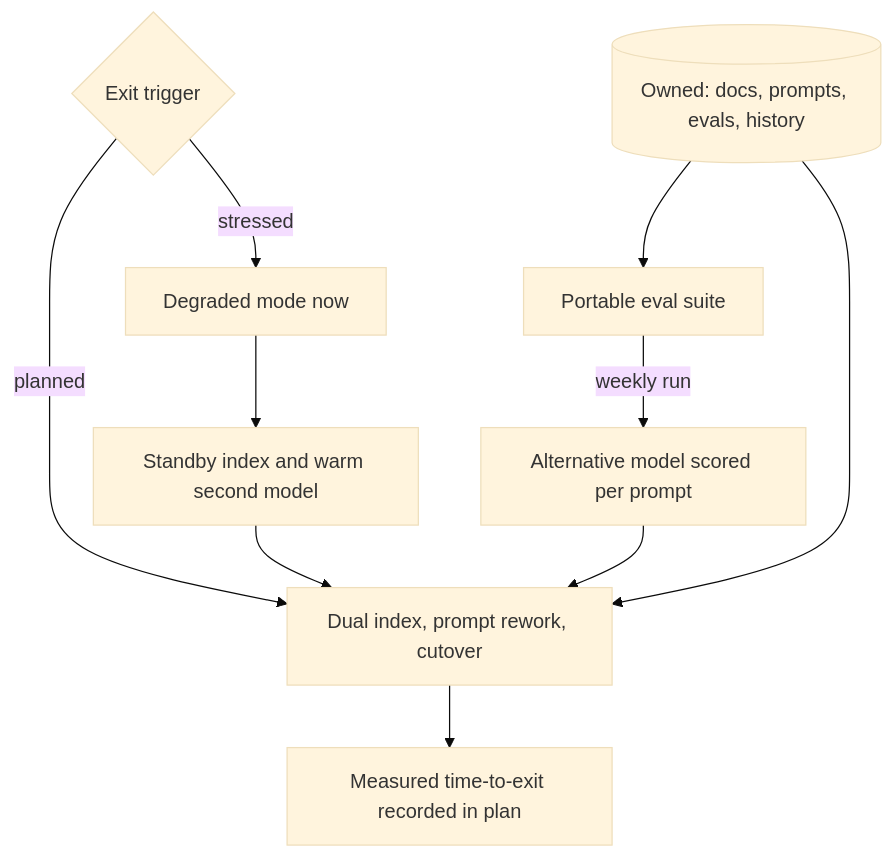
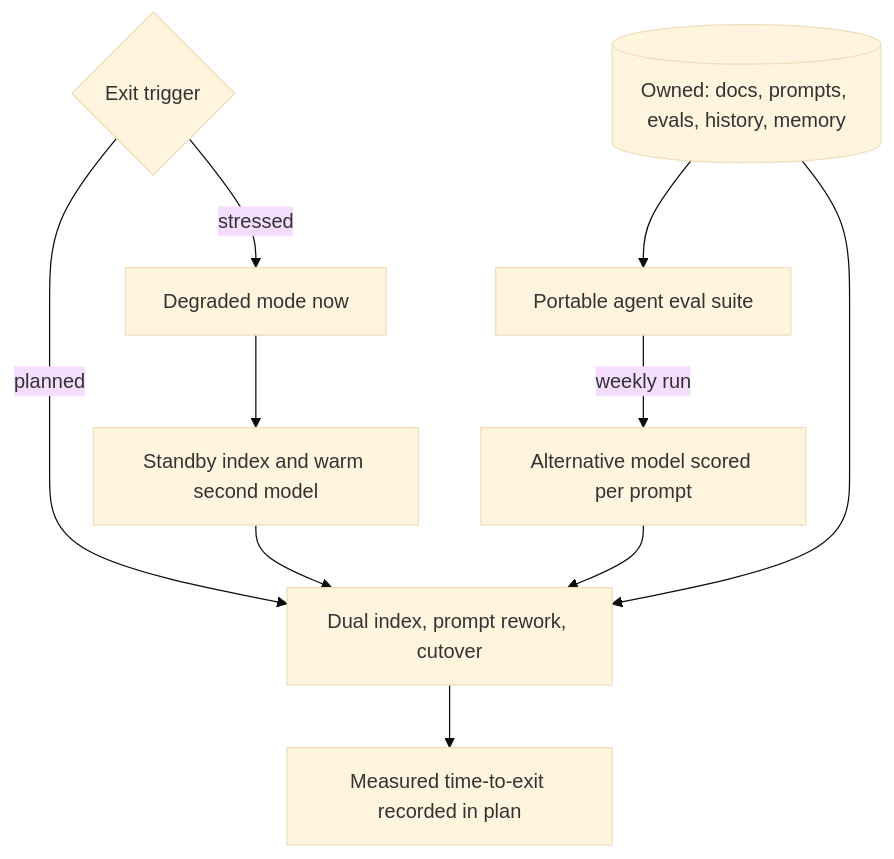
One commit to lovishmahajan97/agentic-learning changed the diagram in content/security-governance-compliance/vendor-exit-strategy.md. Above: the diagram before and after it, drawn with Mermaid (base theme). The commit also changed other lines of this file and 454 other files, not shown here.

````diff
--- a/content/security-governance-compliance/vendor-exit-strategy.md
+++ b/content/security-governance-compliance/vendor-exit-strategy.md
@@ -113,12 +128,12 @@
 ```mermaid
 flowchart TD
-    O[("Owned: docs, prompts, evals, history")] --> E["Portable eval suite"]
+    O[("Owned: docs, prompts, evals, history, memory")] --> E["Portable agent eval suite"]
     E -->|"weekly run"| A["Alternative model scored per prompt"]
     T{"Exit trigger"} -->|"planned"| P["Dual index, prompt rework, cutover"]
     T -->|"stressed"| S["Degraded mode now"]
     S --> SB["Standby index and warm second model"]
     SB --> P
     A --> P
     O --> P
     P --> V["Measured time-to-exit recorded in plan"]
 ```
````
